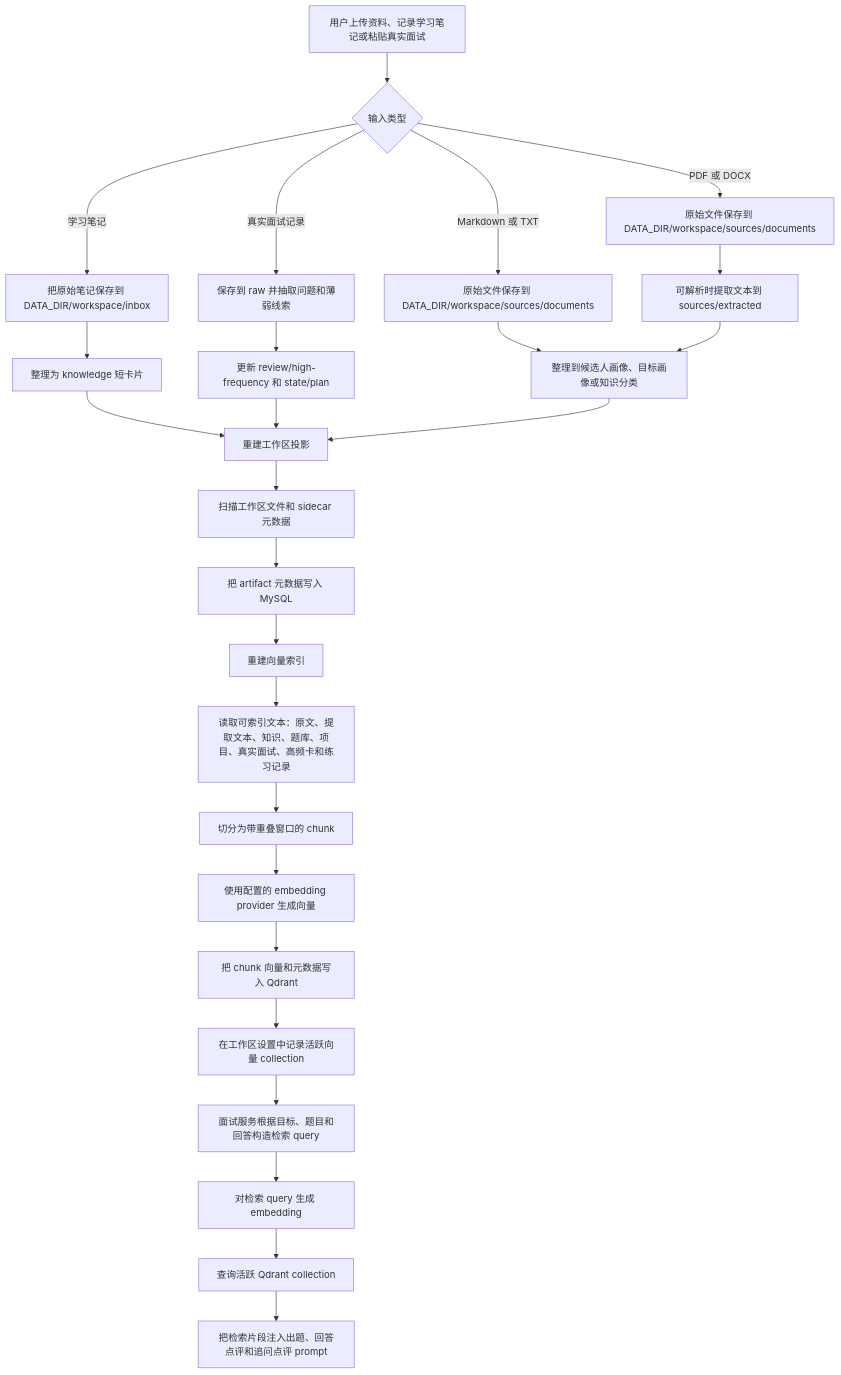
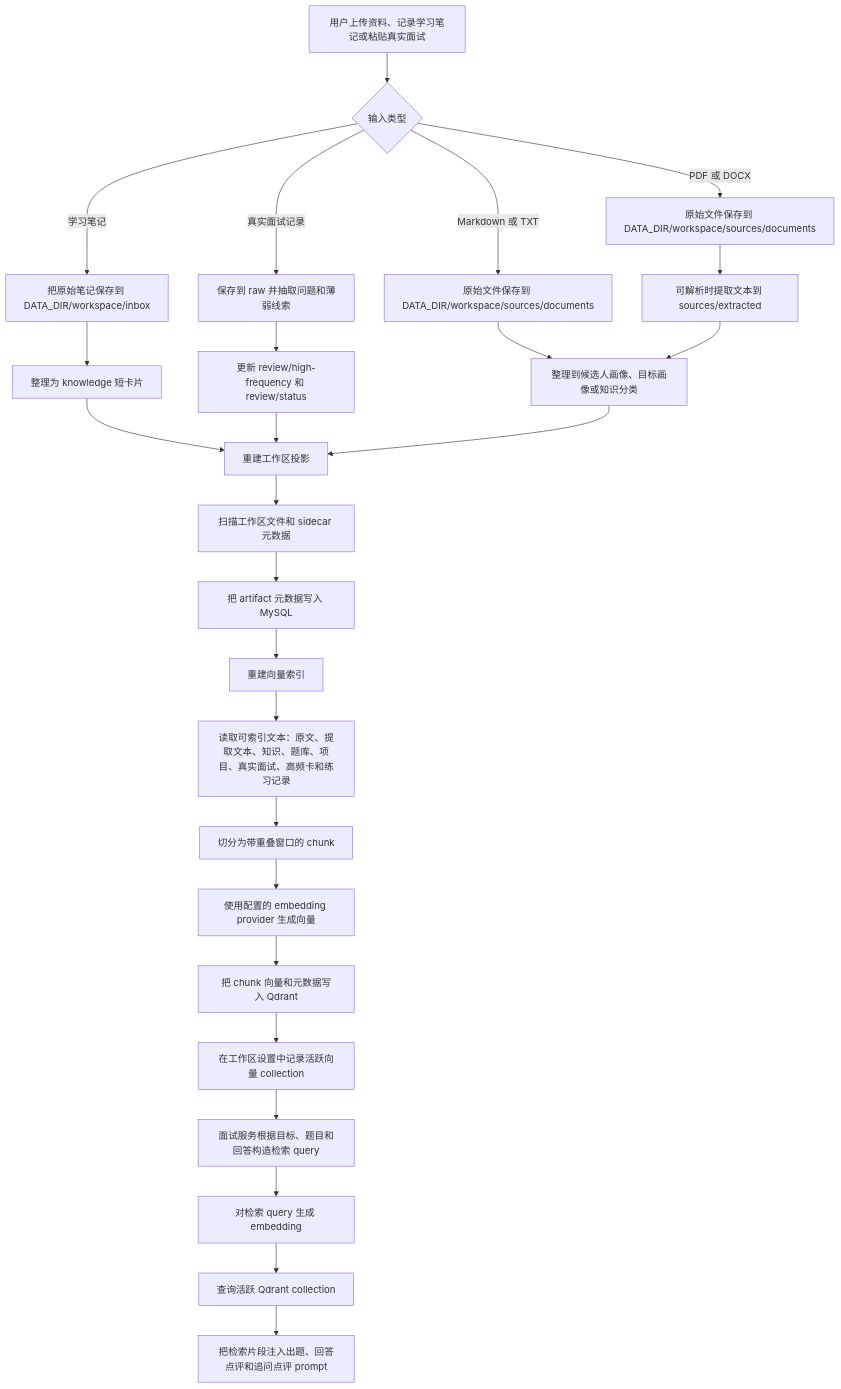
The diagram in docs/knowledge-data-flow.md (wxcfox/auto-reign), drawn with Mermaid before and after one commit. The commit also changed other lines of this file and 41 other files, not shown here.

````diff
--- a/docs/knowledge-data-flow.md
+++ b/docs/knowledge-data-flow.md
@@ -5,28 +5,28 @@
 ```mermaid
 flowchart TD
   A["用户上传资料、记录学习笔记或粘贴真实面试"] --> B{"输入类型"}
   B -->|Markdown 或 TXT| C["原始文件保存到 DATA_DIR/workspace/sources/documents"]
   B -->|PDF 或 DOCX| D["原始文件保存到 DATA_DIR/workspace/sources/documents"]
   D --> E["可解析时提取文本到 sources/extracted"]
   B -->|学习笔记| F["把原始笔记保存到 DATA_DIR/workspace/inbox"]
   B -->|真实面试记录| V["保存到 raw 并抽取问题和薄弱线索"]
   F --> G["整理为 knowledge 短卡片"]
-  V --> W["更新 review/high-frequency 和 state/plan"]
+  V --> W["更新 review/high-frequency 和 review/status"]
   C --> H["整理到候选人画像、目标画像或知识分类"]
   E --> H
   G --> I["重建工作区投影"]
   W --> I
   H --> I
   I --> J["扫描工作区文件和 sidecar 元数据"]
   J --> K["把 artifact 元数据写入 MySQL"]
   K --> L["重建向量索引"]
   L --> M["读取可索引文本：原文、提取文本、知识、题库、项目、真实面试、高频卡和练习记录"]
   M --> N["切分为带重叠窗口的 chunk"]
   N --> O["使用配置的 embedding provider 生成向量"]
   O --> P["把 chunk 向量和元数据写入 Qdrant"]
   P --> Q["在工作区设置中记录活跃向量 collection"]
   Q --> R["面试服务根据目标、题目和回答构造检索 query"]
   R --> S["对检索 query 生成 embedding"]
   S --> T["查询活跃 Qdrant collection"]
   T --> U["把检索片段注入出题、回答点评和追问点评 prompt"]
 ```
````
